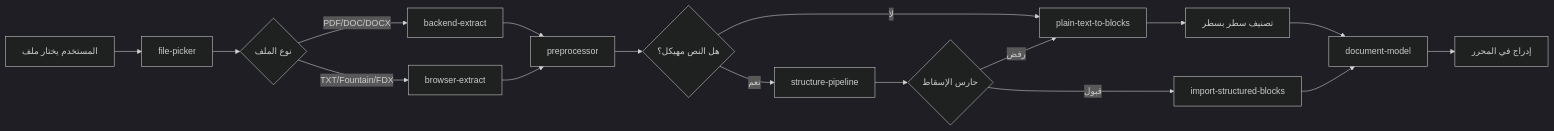
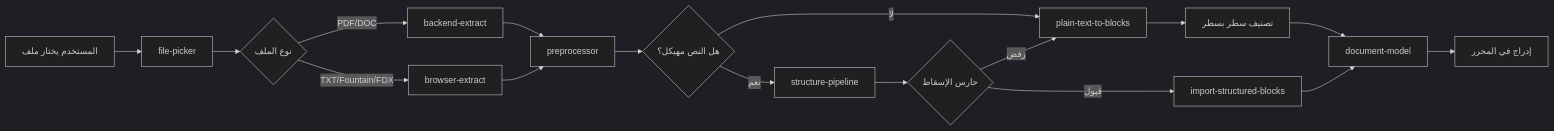
Before and after one commit to CLOCKWORK-TEMPTATION/mo7rer: the fifth of 8 diagrams in docs/CORE_MECHANISM.md, drawn with Mermaid (dark theme). The commit also changed other lines of this file and 183 other files, not shown here.

````diff
--- a/docs/CORE_MECHANISM.md
+++ b/docs/CORE_MECHANISM.md
@@ -200,19 +202,19 @@
 ```mermaid
 flowchart LR
     A[المستخدم يختار ملف] --> B[file-picker]
     B --> C{نوع الملف}
-    C -->|PDF/DOC/DOCX| D[backend-extract]
+    C -->|PDF/DOC| D[backend-extract]
     C -->|TXT/Fountain/FDX| E[browser-extract]
     D --> F[preprocessor]
     E --> F
     F --> G{هل النص مهيكل؟}
     G -->|نعم| H[structure-pipeline]
     G -->|لا| I[plain-text-to-blocks]
     H --> J{حارس الإسقاط}
     J -->|قبول| K[import-structured-blocks]
     J -->|رفض| I
     I --> L[تصنيف سطر بسطر]
     L --> M[document-model]
     K --> M
     M --> N[إدراج في المحرر]
 ```
````
